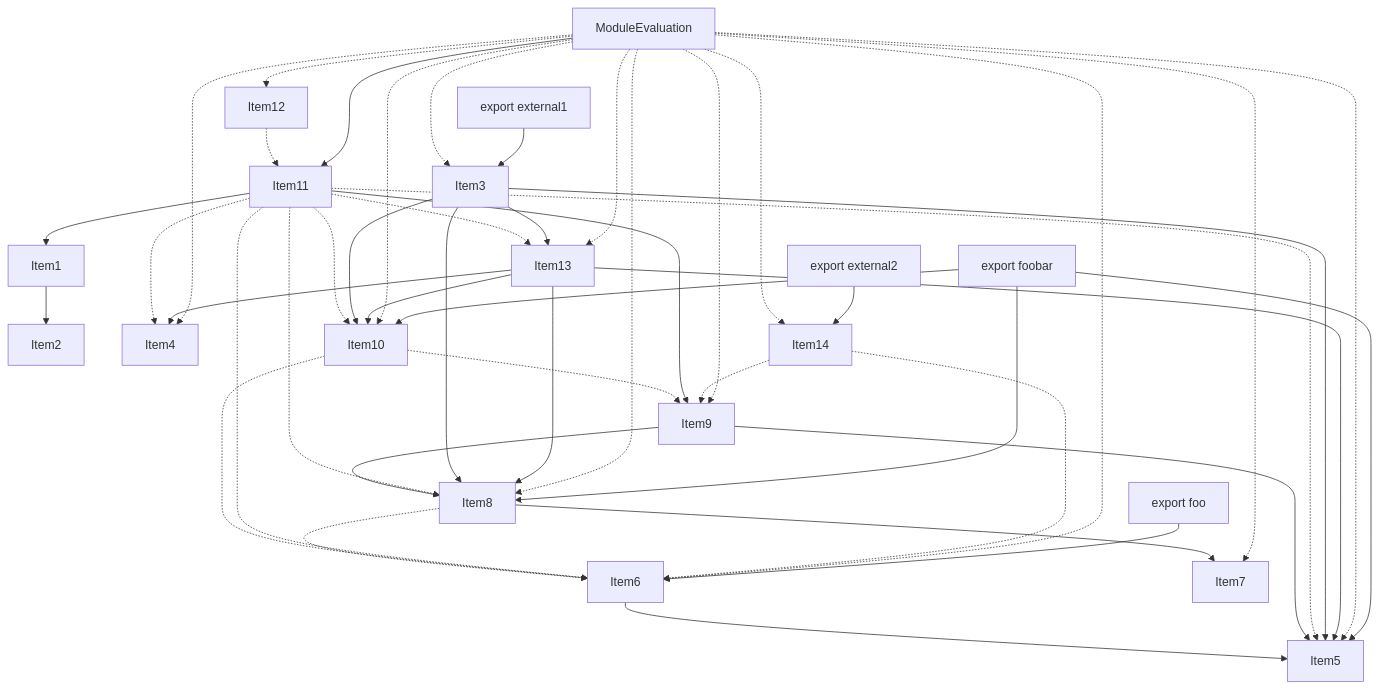
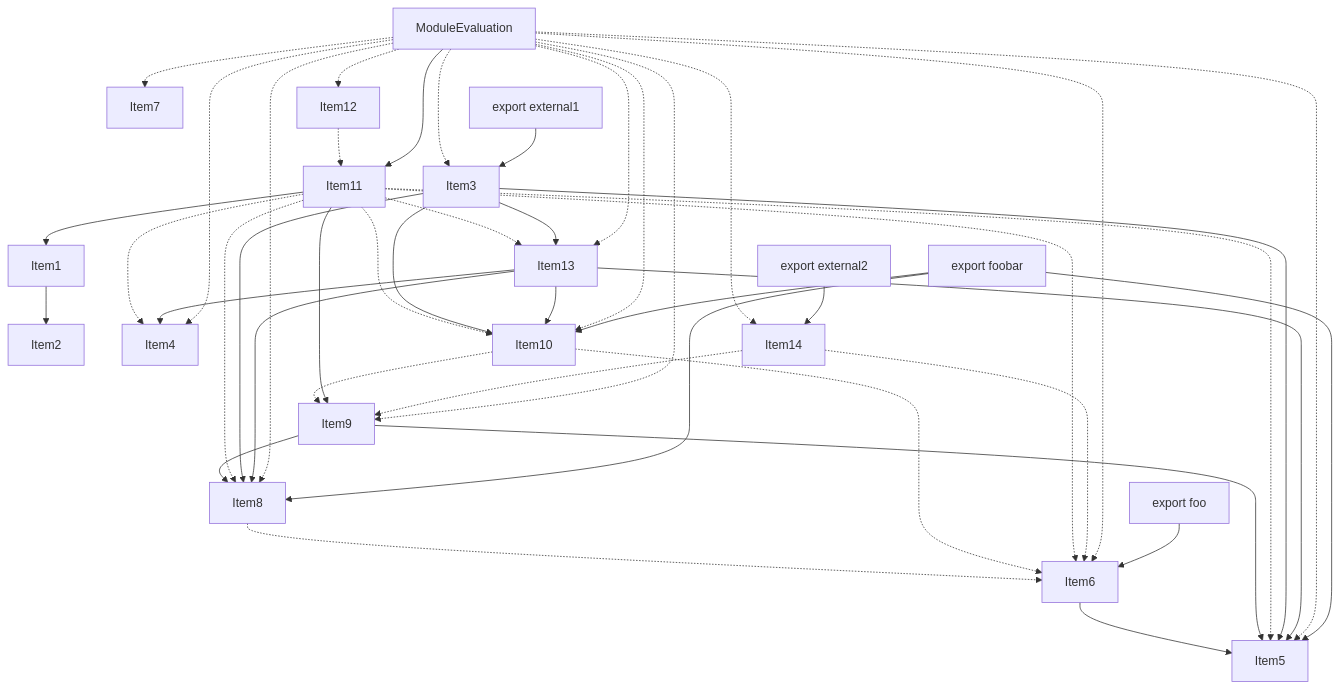
Before and after one commit to vercel/turborepo: the fourth of 4 diagrams in crates/turbopack-ecmascript/tests/tree-shaker/analyzer/2/output.md, drawn with Mermaid. The commit also changed other lines of this file and 1 other file, not shown here.

````diff
--- a/crates/turbopack-ecmascript/tests/tree-shaker/analyzer/2/output.md
+++ b/crates/turbopack-ecmascript/tests/tree-shaker/analyzer/2/output.md
@@ -277,72 +274,71 @@
 ```mermaid
 graph TD
     Item3;
     Item2;
     Item4;
     Item5;
     Item6;
     Item7;
     Item8;
     Item9;
     Item10;
     Item11;
     Item12;
     Item13;
     Item14;
     Item1;
     Item15;
     Item15["ModuleEvaluation"];
     Item16;
     Item16["export external1"];
     Item17;
     Item17["export foobar"];
     Item18;
     Item18["export foo"];
     Item19;
     Item19["export external2"];
     Item1 --> Item2;
     Item6 --> Item5;
-    Item8 --> Item7;
     Item8 -.-> Item6;
     Item9 --> Item5;
     Item9 --> Item8;
     Item10 -.-> Item6;
     Item10 -.-> Item9;
     Item11 --> Item9;
     Item11 --> Item1;
     Item11 -.-> Item13;
     Item11 -.-> Item5;
     Item11 -.-> Item8;
     Item11 -.-> Item10;
     Item11 -.-> Item6;
     Item11 -.-> Item4;
     Item12 -.-> Item11;
     Item3 --> Item13;
     Item3 --> Item5;
     Item3 --> Item8;
     Item3 --> Item10;
     Item13 --> Item4;
     Item13 --> Item5;
     Item13 --> Item8;
     Item13 --> Item10;
     Item14 -.-> Item6;
     Item14 -.-> Item9;
     Item15 --> Item11;
     Item15 -.-> Item3;
     Item15 -.-> Item4;
     Item15 -.-> Item5;
     Item15 -.-> Item8;
     Item15 -.-> Item10;
     Item15 -.-> Item6;
     Item15 -.-> Item9;
     Item15 -.-> Item7;
     Item15 -.-> Item12;
     Item15 -.-> Item13;
     Item15 -.-> Item14;
     Item16 --> Item3;
     Item17 --> Item5;
     Item17 --> Item8;
     Item17 --> Item10;
     Item18 --> Item6;
     Item19 --> Item14;
 ```
````
